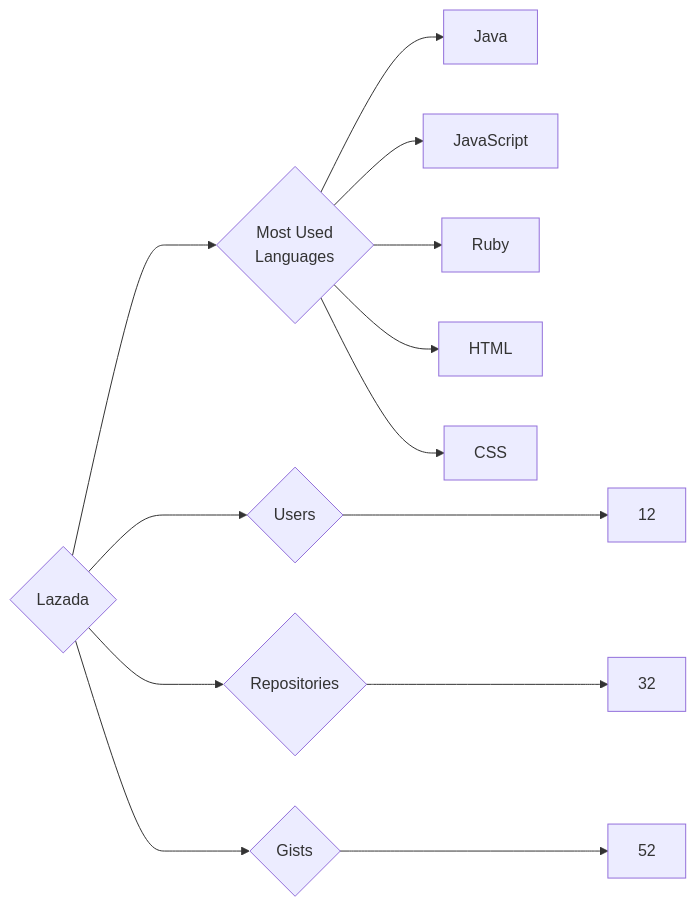
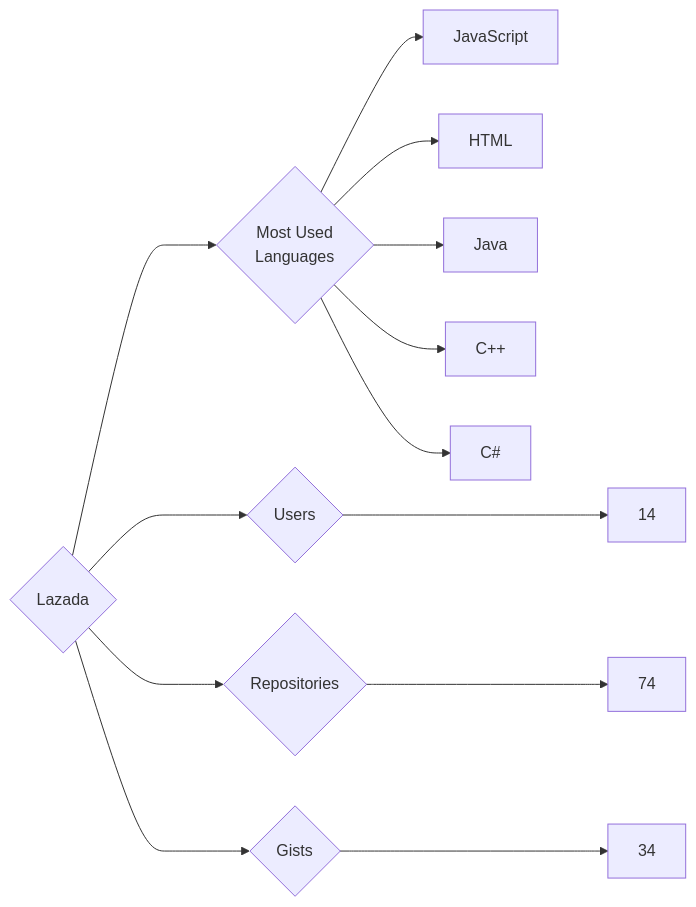
The diagram in targets/Lazada/README.md (trickest/insiders), drawn with Mermaid before and after one commit. The commit also changed 891 other files, not shown here.

````diff
--- a/targets/Lazada/README.md
+++ b/targets/Lazada/README.md
@@ -3,13 +3,13 @@
 ```mermaid
 graph LR
 COMPANY_NAME{Lazada}
-COMPANY_NAME ---> U{Users} ---> UN[12]
-COMPANY_NAME ---> R{Repositories} ---> RN[32]
-COMPANY_NAME ---> G{Gists} ---> GN[52]
+COMPANY_NAME ---> U{Users} ---> UN[14]
+COMPANY_NAME ---> R{Repositories} ---> RN[74]
+COMPANY_NAME ---> G{Gists} ---> GN[34]
 COMPANY_NAME ---> ML{Most Used<br>Languages}
+ML --> JavaScript[JavaScript]
+ML --> HTML[HTML]
 ML --> Java[Java]
-ML --> JavaScript[JavaScript]
-ML --> Ruby[Ruby]
-ML --> HTML[HTML]
-ML --> CSS[CSS]
+ML --> C++[C++]
+ML --> C#[C#]
 ```
````
